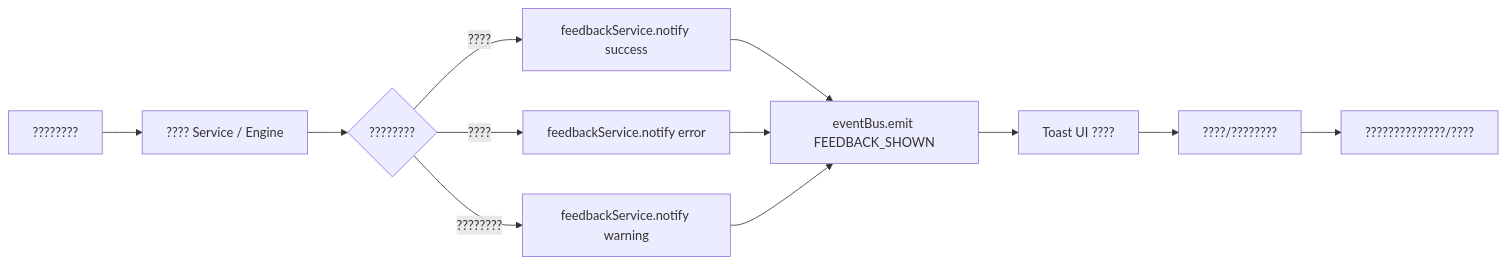
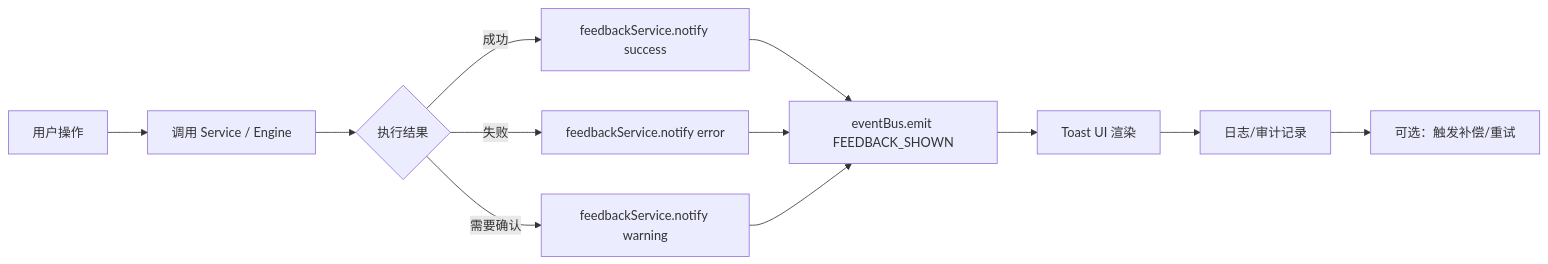
Before and after one commit to DHENGHONGYU/-: the diagram in docs/explanation/feedback-loop-spec.md, drawn with Mermaid. The commit also changed other lines of this file and 849 other files, not shown here.

````diff
--- a/docs/explanation/feedback-loop-spec.md
+++ b/docs/explanation/feedback-loop-spec.md
@@ -123,14 +123,14 @@
 ```mermaid
 flowchart LR
-    A[????????] --> B[???? Service / Engine]
-    B --> C{????????}
-    C -->|????| D[feedbackService.notify success]
-    C -->|????| E[feedbackService.notify error]
-    C -->|????????| F[feedbackService.notify warning]
+    A[用户操作] --> B[调用 Service / Engine]
+    B --> C{执行结果}
+    C -->|成功| D[feedbackService.notify success]
+    C -->|失败| E[feedbackService.notify error]
+    C -->|需要确认| F[feedbackService.notify warning]
     D --> G[eventBus.emit FEEDBACK_SHOWN]
     E --> G
     F --> G
-    G --> H[Toast UI ????]
-    H --> I[????/????????]
-    I --> J[??????????????/????]
+    G --> H[Toast UI 渲染]
+    H --> I[日志/审计记录]
+    I --> J[可选：触发补偿/重试]
 ```
````
